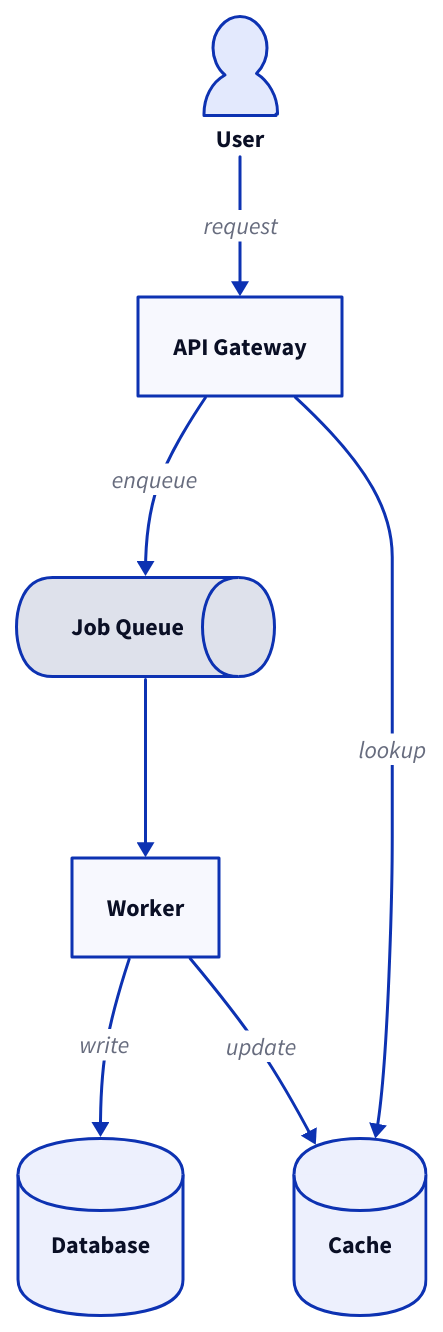
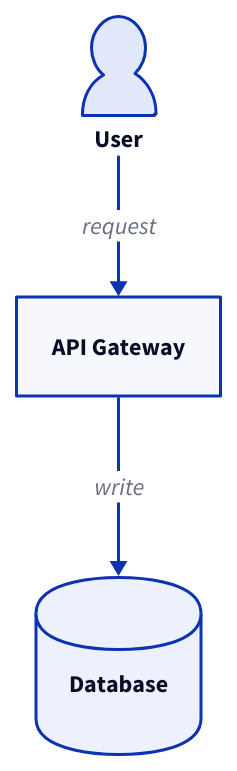
The diagram in README.md (MarkovWangRR/iso-topology), drawn with D2 before and after one commit. The commit also changed other lines of this file and 1 other file, not shown here.

````diff
--- a/README.md
+++ b/README.md
@@ -126,15 +175,7 @@
 ```d2
 user:   User { shape: person }
 api:    API Gateway
-queue:  Job Queue { shape: queue }
-worker: Worker
 db:     Database { shape: cylinder }
-cache:  Cache    { shape: cylinder }
-
-user   -> api:   request
-api    -> queue: enqueue
-api    -> cache: lookup
-queue  -> worker
-worker -> db:    write
-worker -> cache: update
+user -> api: request
+api  -> db:  write
 ```
````
